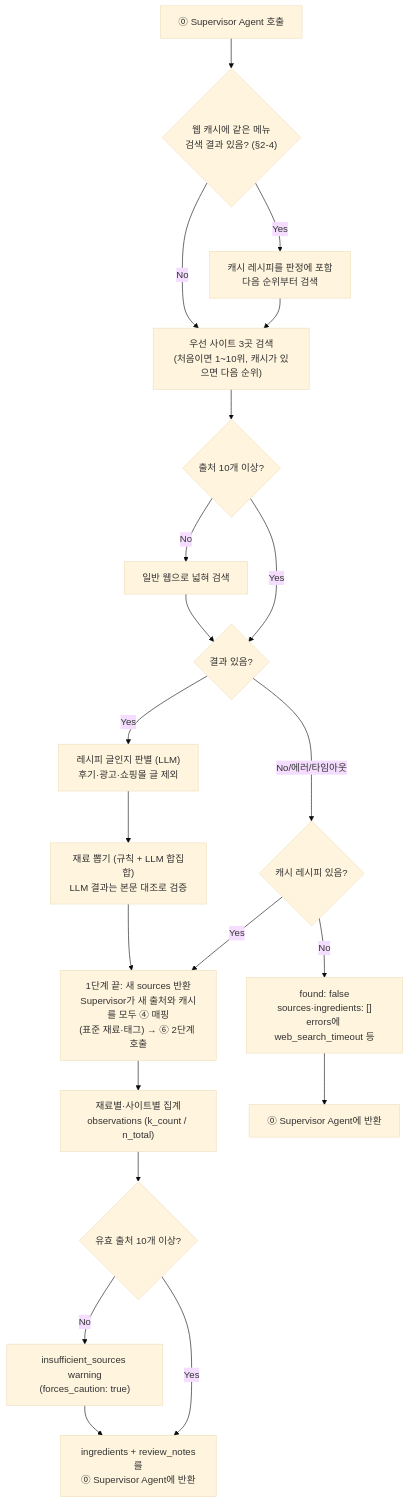
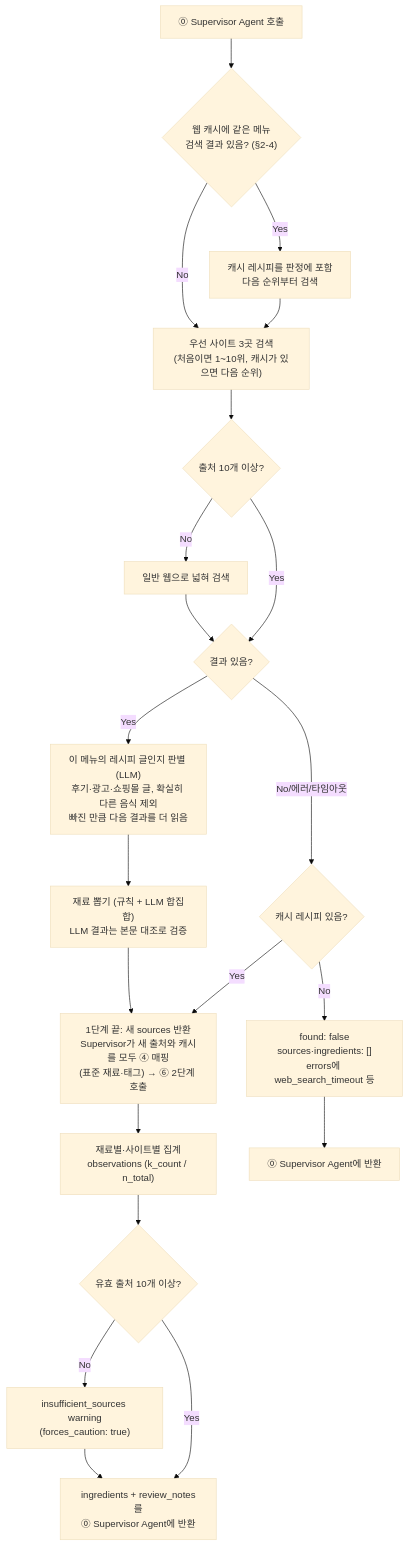
One commit to Han-Spoon/ai changed the second of 2 diagrams in docs/6-agent-websearch.md. Above: the diagram before and after it, drawn with Mermaid (base theme). The commit also changed other lines of this file and 16 other files, not shown here.

Commit message:
refactor(websearch): remove legacy flow and filter dishes

````diff
--- a/docs/6-agent-websearch.md
+++ b/docs/6-agent-websearch.md
@@ -294,23 +295,23 @@
 ```mermaid
 flowchart TD
     S[⓪ Supervisor Agent 호출] --> CA{"웹 캐시에 같은 메뉴<br/>검색 결과 있음? (§2-4)"}
     CA -->|Yes| CR["캐시 레시피를 판정에 포함<br/>다음 순위부터 검색"]
     CR --> Q
     CA -->|No| Q["우선 사이트 3곳 검색<br/>(처음이면 1~10위, 캐시가 있으면 다음 순위)"]
     Q --> QE{"출처 10개 이상?"}
     QE -->|No| QG["일반 웹으로 넓혀 검색"]
     QE -->|Yes| R{결과 있음?}
     QG --> R
     R -->|No/에러/타임아웃| FC{"캐시 레시피 있음?"}
     FC -->|Yes| MAP
     FC -->|No| F["found: false<br/>sources·ingredients: []<br/>errors에 web_search_timeout 등"]
-    R -->|Yes| RJ["레시피 글인지 판별 (LLM)<br/>후기·광고·쇼핑몰 글 제외"]
+    R -->|Yes| RJ["이 메뉴의 레시피 글인지 판별 (LLM)<br/>후기·광고·쇼핑몰 글, 확실히 다른 음식 제외<br/>빠진 만큼 다음 결과를 더 읽음"]
     RJ --> C["재료 뽑기 (규칙 + LLM 합집합)<br/>LLM 결과는 본문 대조로 검증"]
     C --> MAP["1단계 끝: 새 sources 반환<br/>Supervisor가 새 출처와 캐시를 모두 ④ 매핑<br/>(표준 재료·태그) → ⑥ 2단계 호출"]
     MAP --> AGG["재료별·사이트별 집계<br/>observations (k_count / n_total)"]
     AGG --> MIN{"유효 출처 10개 이상?"}
     MIN -->|No| W["insufficient_sources warning<br/>(forces_caution: true)"]
     MIN -->|Yes| OUT
     W --> OUT["ingredients + review_notes를<br/>⓪ Supervisor Agent에 반환"]
     F --> OUT2[⓪ Supervisor Agent에 반환]
 ```
````
